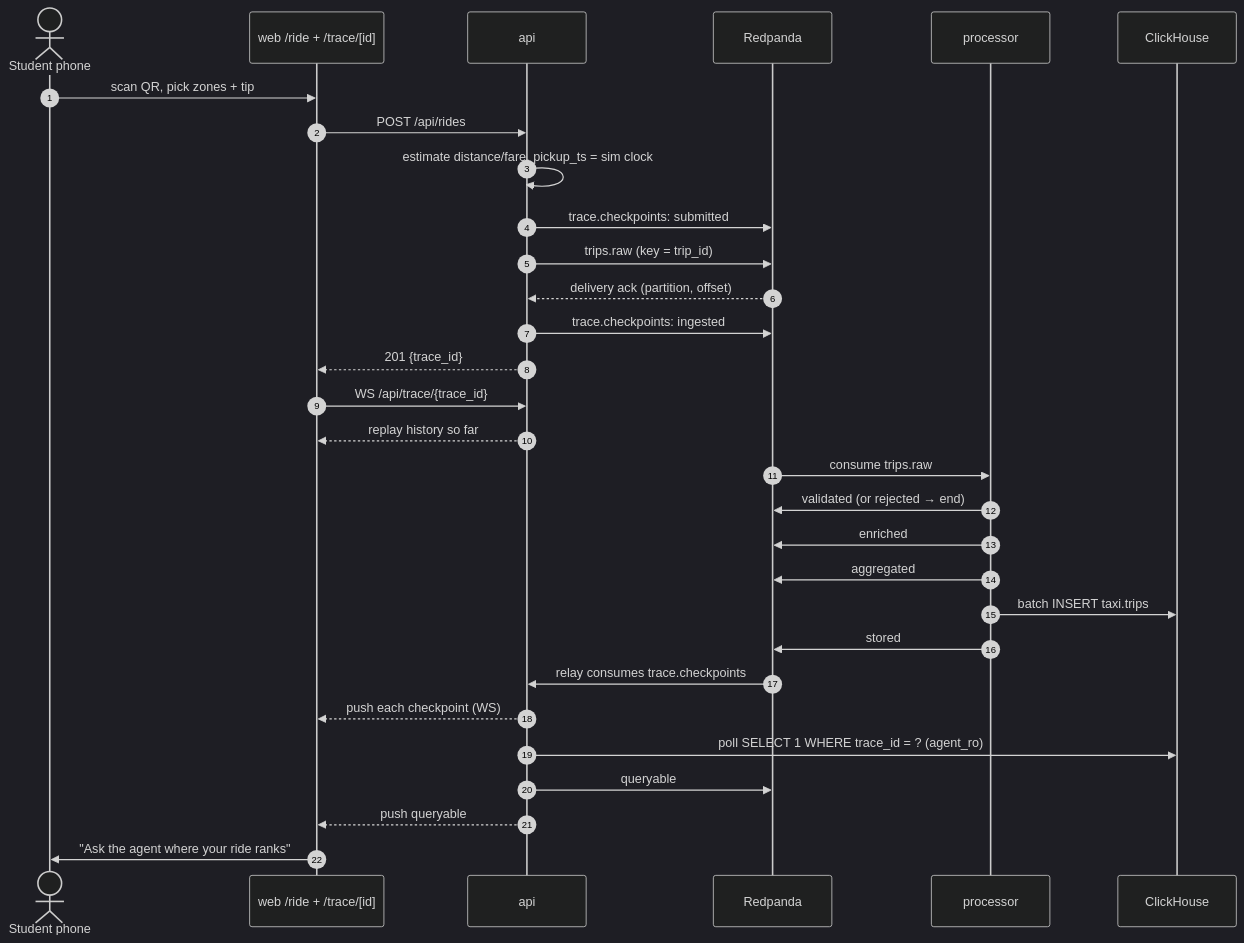
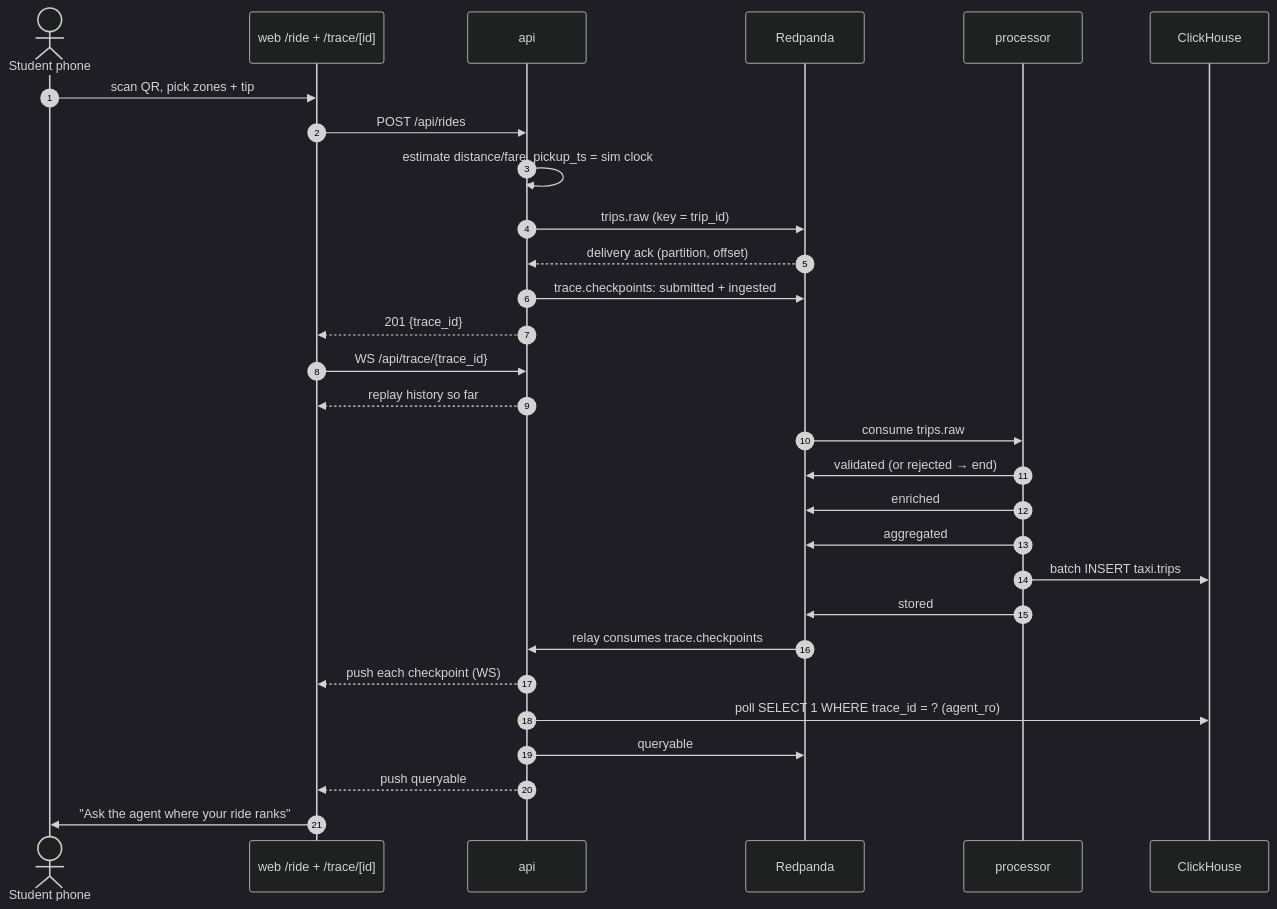
Before and after one commit to VasileBordeiA/aod_dateEngineering: the fourth of 12 diagrams in docs/DIAGRAMS.md, drawn with Mermaid (dark theme). The commit also changed 8 other files, not shown here.

First line of the commit message:
docs: M4 trace your ride: ADR-019 trace_ro, spec 04/05/07/08 + DIAGRAMS §4, versions, runbook real-IP check

````diff
--- a/docs/DIAGRAMS.md
+++ b/docs/DIAGRAMS.md
@@ -164,33 +164,32 @@
 ```mermaid
 sequenceDiagram
     autonumber
     actor P as Student phone
     participant W as web /ride + /trace/[id]
     participant API as api
     participant RP as Redpanda
     participant PR as processor
     participant CH as ClickHouse
 
     P->>W: scan QR, pick zones + tip
     W->>API: POST /api/rides
     API->>API: estimate distance/fare, pickup_ts = sim clock
-    API->>RP: trace.checkpoints: submitted
     API->>RP: trips.raw (key = trip_id)
     RP-->>API: delivery ack (partition, offset)
-    API->>RP: trace.checkpoints: ingested
+    API->>RP: trace.checkpoints: submitted + ingested
     API-->>W: 201 {trace_id}
     W->>API: WS /api/trace/{trace_id}
     API-->>W: replay history so far
     RP->>PR: consume trips.raw
     PR->>RP: validated (or rejected → end)
     PR->>RP: enriched
     PR->>RP: aggregated
     PR->>CH: batch INSERT taxi.trips
     PR->>RP: stored
     RP->>API: relay consumes trace.checkpoints
     API-->>W: push each checkpoint (WS)
     API->>CH: poll SELECT 1 WHERE trace_id = ? (agent_ro)
     API->>RP: queryable
     API-->>W: push queryable
     W->>P: "Ask the agent where your ride ranks"
 ```
````
